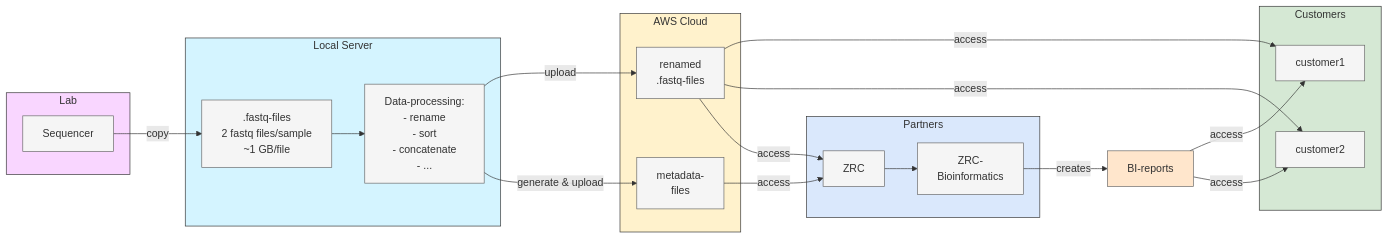
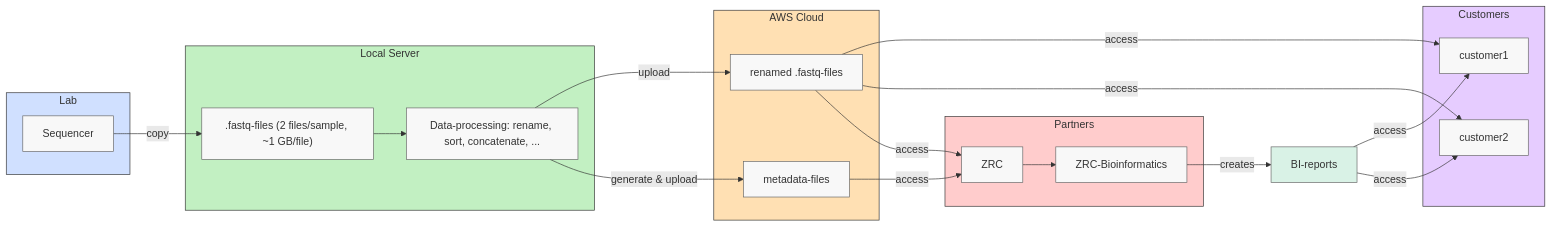
One commit to ZRE-Services/handling_of_sequencing_data changed the diagram in README.md. Above: the diagram before and after it, drawn with Mermaid. The commit also changed other lines of this file, not shown here.

````diff
--- a/README.md
+++ b/README.md
@@ -16,59 +14,59 @@
 ```mermaid
 flowchart LR
     subgraph Lab["Lab"]
-        style Lab fill:#f9d6ff,stroke:#333,stroke-width:1px
+        style Lab fill:#d0e0ff,stroke:#333,stroke-width:1px
         Sequencer["Sequencer"]
-        style Sequencer fill:#f5f5f5,stroke:#666,color:#333
+        style Sequencer fill:#f8f8f8,stroke:#666,color:#333
     end
     
     subgraph LocalServer["Local Server"]
-        style LocalServer fill:#d4f4ff,stroke:#333,stroke-width:1px
-        FastqFiles[".fastq-files\n2 fastq files/sample\n~1 GB/file"]
-        Process["Data-processing:\n- rename\n- sort\n- concatenate\n- ..."]
-        style FastqFiles fill:#f5f5f5,stroke:#666,color:#333
-        style Process fill:#f5f5f5,stroke:#666,color:#333
+        style LocalServer fill:#c2f0c2,stroke:#333,stroke-width:1px
+        FastqFiles[".fastq-files (2 files/sample, ~1 GB/file)"]
+        Process["Data-processing: rename, sort, concatenate, ..."]
+        style FastqFiles fill:#f8f8f8,stroke:#666,color:#333
+        style Process fill:#f8f8f8,stroke:#666,color:#333
     end
     
     subgraph AWSCloud["AWS Cloud"]
-        style AWSCloud fill:#fff2cc,stroke:#333,stroke-width:1px
-        RenamedFiles["renamed\n.fastq-files"]
-        MetadataFiles["metadata-\nfiles"]
-        style RenamedFiles fill:#f5f5f5,stroke:#666,color:#333
-        style MetadataFiles fill:#f5f5f5,stroke:#666,color:#333
+        style AWSCloud fill:#ffe0b3,stroke:#333,stroke-width:1px
+        RenamedFiles["renamed .fastq-files"]
+        MetadataFiles["metadata-files"]
+        style RenamedFiles fill:#f8f8f8,stroke:#666,color:#333
+        style MetadataFiles fill:#f8f8f8,stroke:#666,color:#333
     end
     
     subgraph Customers["Customers"]
-        style Customers fill:#d5e8d4,stroke:#333,stroke-width:1px
+        style Customers fill:#e6ccff,stroke:#333,stroke-width:1px
         Customer1["customer1"]
         Customer2["customer2"]
-        style Customer1 fill:#f5f5f5,stroke:#666,color:#333
-        style Customer2 fill:#f5f5f5,stroke:#666,color:#333
+        style Customer1 fill:#f8f8f8,stroke:#666,color:#333
+        style Customer2 fill:#f8f8f8,stroke:#666,color:#333
     end
     
     subgraph Partners["Partners"]
-        style Partners fill:#dae8fc,stroke:#333,stroke-width:1px
+        style Partners fill:#ffcccc,stroke:#333,stroke-width:1px
         ZRC["ZRC"]
-        ZRCBioinformatics["ZRC-\nBioinformatics"]
-        style ZRC fill:#f5f5f5,stroke:#666,color:#333
-        style ZRCBioinformatics fill:#f5f5f5,stroke:#666,color:#333
+        ZRCBioinformatics["ZRC-Bioinformatics"]
+        style ZRC fill:#f8f8f8,stroke:#666,color:#333
+        style ZRCBioinformatics fill:#f8f8f8,stroke:#666,color:#333
     end
     
     BIReports["BI-reports"]
-    style BIReports fill:#ffe6cc,stroke:#666,color:#333
+    style BIReports fill:#d9f2e6,stroke:#666,color:#333
     
     Sequencer -->|copy| FastqFiles
     FastqFiles --> Process
     Process -->|upload| RenamedFiles
     Process -->|generate & upload| MetadataFiles
     
     RenamedFiles -->|access| Customer1
     RenamedFiles -->|access| Customer2
     RenamedFiles -->|access| ZRC
     
     MetadataFiles -->|access| ZRC
     
     ZRC --> ZRCBioinformatics
     ZRCBioinformatics -->|creates| BIReports
     BIReports -->|access| Customer1
     BIReports -->|access| Customer2
 ```
````
